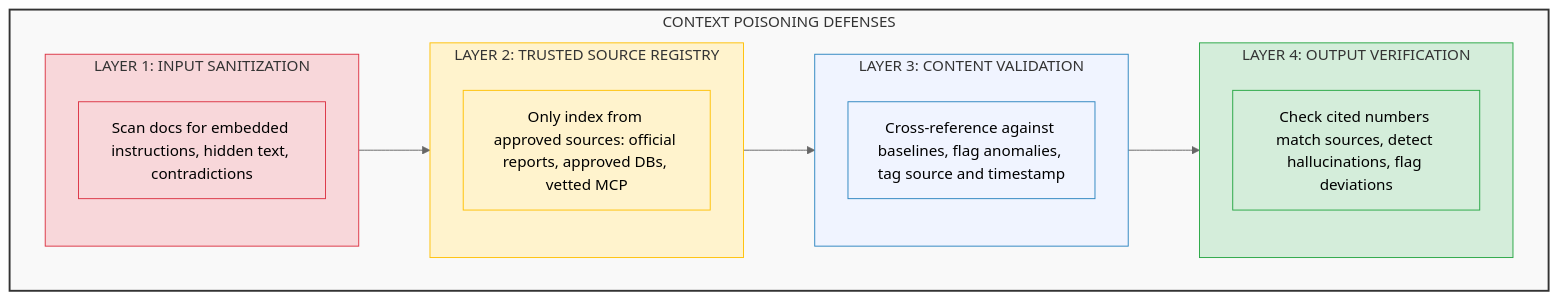
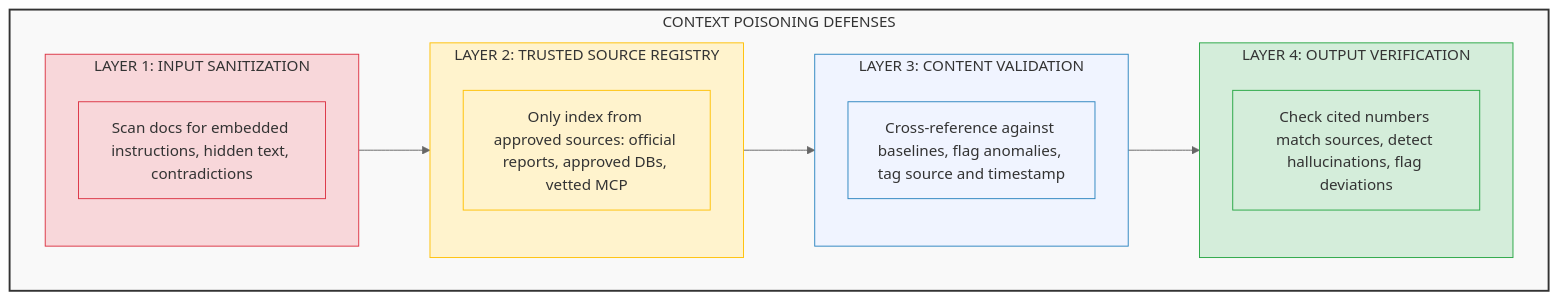
The first of 4 diagrams in docs/12-context-risks.md (ithinktavo/GenAI-Engineering-Handbook), drawn with Mermaid (neutral theme) before and after one commit. The commit also changed other lines of this file and 9 other files, not shown here.

Commit message:
Fix Mermaid diagram text contrast: add color:#333 for readable dark text on colored backgrounds

````diff
--- a/docs/12-context-risks.md
+++ b/docs/12-context-risks.md
@@ -59,29 +59,29 @@
 ```mermaid
 graph TD
     subgraph defenses["CONTEXT POISONING DEFENSES"]
         subgraph L1["LAYER 1: INPUT SANITIZATION"]
             L1D["Scan docs for embedded instructions, hidden text, contradictions"]
         end
         subgraph L2["LAYER 2: TRUSTED SOURCE REGISTRY"]
             L2D["Only index from approved sources: official reports, approved DBs, vetted MCP"]
         end
         subgraph L3["LAYER 3: CONTENT VALIDATION"]
             L3D["Cross-reference against baselines, flag anomalies, tag source and timestamp"]
         end
         subgraph L4["LAYER 4: OUTPUT VERIFICATION"]
             L4D["Check cited numbers match sources, detect hallucinations, flag deviations"]
         end
 
         L1 --> L2 --> L3 --> L4
     end
 
-    style L1 fill:#f8d7da,stroke:#dc3545
-    style L2 fill:#fff3cd,stroke:#ffc107
-    style L3 fill:#f0f4ff,stroke:#2E86C1
-    style L4 fill:#d4edda,stroke:#28a745
-    style L1D fill:#f8d7da,stroke:#dc3545
-    style L2D fill:#fff3cd,stroke:#ffc107
-    style L3D fill:#f0f4ff,stroke:#2E86C1
-    style L4D fill:#d4edda,stroke:#28a745
-    style defenses fill:#f9f9f9,stroke:#333,stroke-width:2px
+    style L1 fill:#f8d7da,stroke:#dc3545,color:#333
+    style L2 fill:#fff3cd,stroke:#ffc107,color:#333
+    style L3 fill:#f0f4ff,stroke:#2E86C1,color:#333
+    style L4 fill:#d4edda,stroke:#28a745,color:#333
+    style L1D fill:#f8d7da,stroke:#dc3545,color:#333
+    style L2D fill:#fff3cd,stroke:#ffc107,color:#333
+    style L3D fill:#f0f4ff,stroke:#2E86C1,color:#333
+    style L4D fill:#d4edda,stroke:#28a745,color:#333
+    style defenses fill:#f9f9f9,stroke:#333,stroke-width:2px,color:#333
 ```
````
